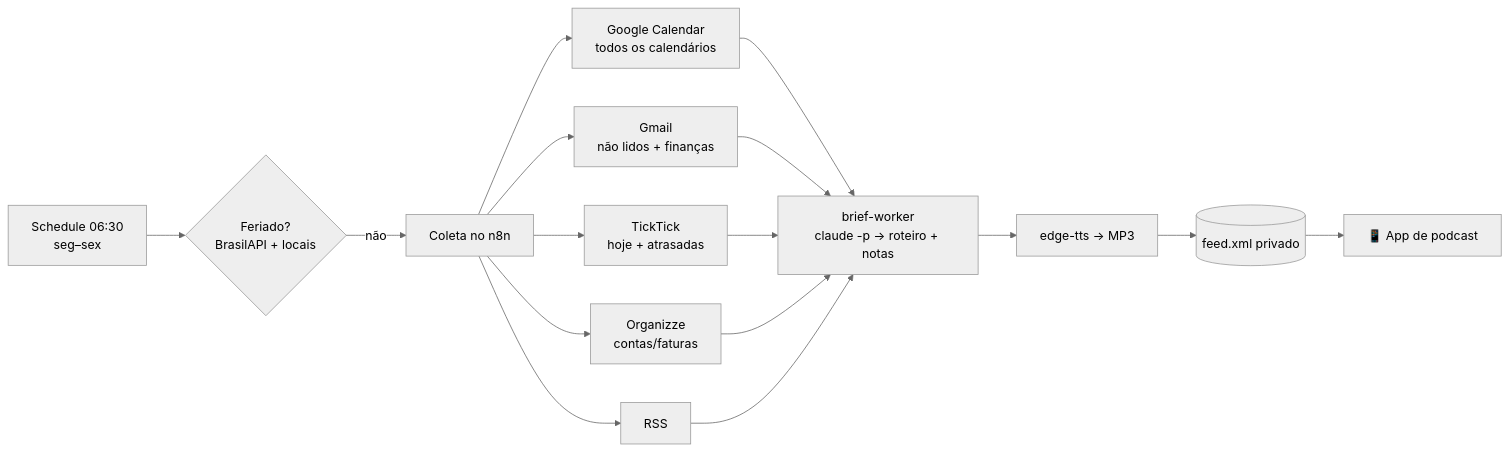
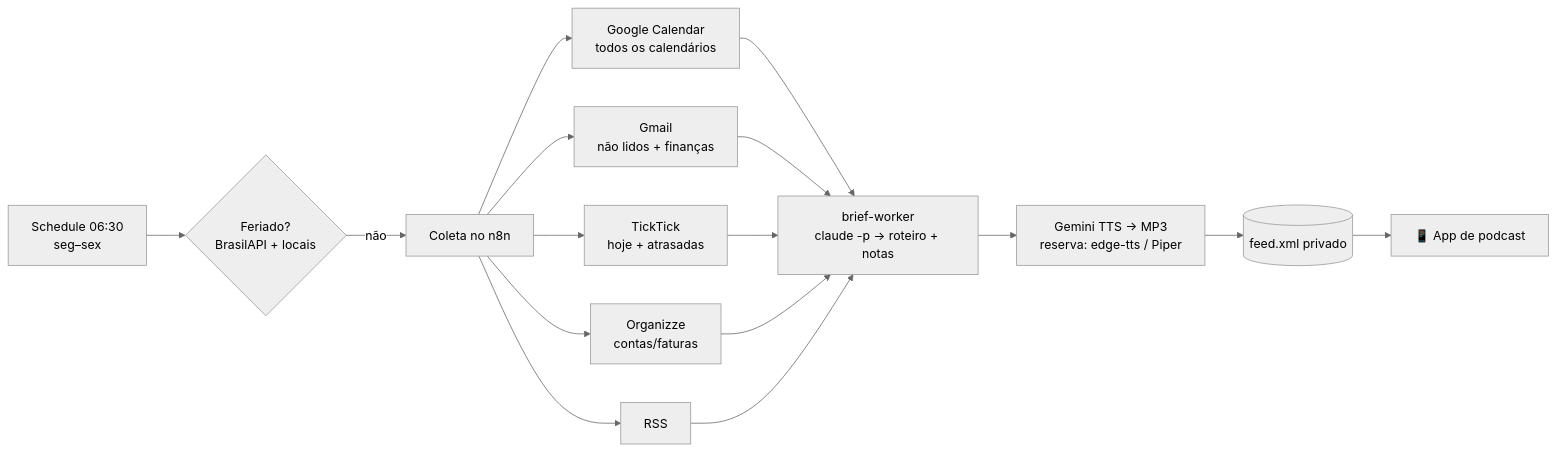
The diagram in README.md (RafaelKC/daily-brief), drawn with Mermaid (neutral theme) before and after one commit. The commit also changed other lines of this file and 3 other files, not shown here.

First line of the commit message:
Voz com Gemini TTS e roteiro em linguagem falada

````diff
--- a/README.md
+++ b/README.md
@@ -10,14 +10,14 @@
 ```mermaid
 flowchart LR
   A[Schedule 06:30<br/>seg–sex] --> B{Feriado?<br/>BrasilAPI + locais}
   B -- não --> C[Coleta no n8n]
   C --> C1[Google Calendar<br/>todos os calendários]
   C --> C2[Gmail<br/>não lidos + finanças]
   C --> C3[TickTick<br/>hoje + atrasadas]
   C --> C4[Organizze<br/>contas/faturas]
   C --> C5[RSS]
   C1 & C2 & C3 & C4 & C5 --> D[brief-worker<br/>claude -p → roteiro + notas]
-  D --> E[edge-tts → MP3]
+  D --> E[Gemini TTS → MP3<br/>reserva: edge-tts / Piper]
   E --> F[(feed.xml privado)]
   F --> G[📱 App de podcast]
 ```
````
